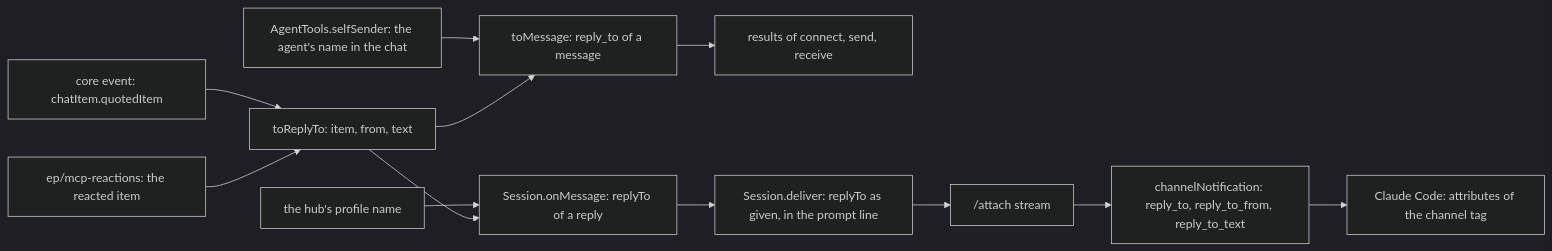
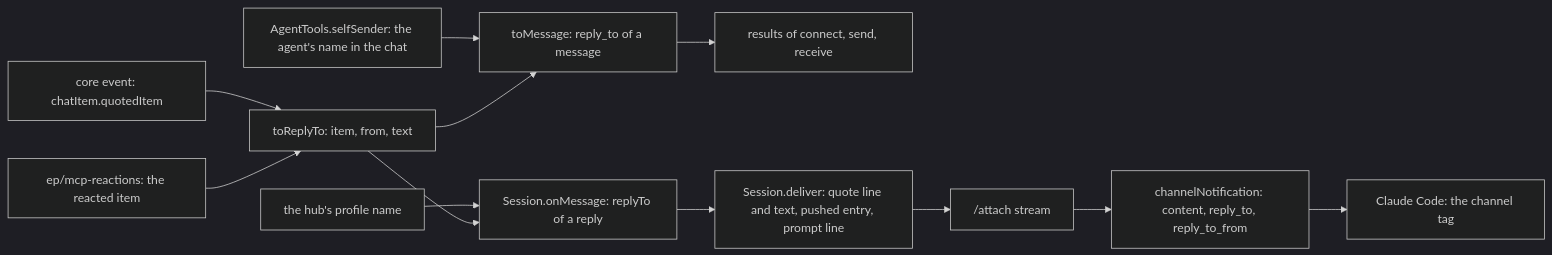
One commit to simplex-chat/simplex-chat changed the second of 2 diagrams in plans/2026-11-12-mcp-replies.md. Above: the diagram before and after it, drawn with Mermaid (dark theme). The commit also changed other lines of this file, not shown here.

Commit message:
plan: mcp-replies, quote line before the reply, as the user asked

````diff
--- a/plans/2026-11-12-mcp-replies.md
+++ b/plans/2026-11-12-mcp-replies.md
@@ -232,14 +244,14 @@
 ```mermaid
 flowchart LR
   Q[core event: chatItem.quotedItem] --> M[toReplyTo: item, from, text]
   E[ep/mcp-reactions: the reacted item] --> M
   N[AgentTools.selfSender: the agent's name in the chat] --> T
   H[the hub's profile name] --> O
   M --> T[toMessage: reply_to of a message]
   T --> R[results of connect, send, receive]
   M --> O[Session.onMessage: replyTo of a reply]
-  O --> L[Session.deliver: replyTo as given, in the prompt line]
+  O --> L[Session.deliver: quote line and text, pushed entry, prompt line]
   L --> A["/attach stream"]
-  A --> S[channelNotification: reply_to, reply_to_from, reply_to_text]
-  S --> C[Claude Code: attributes of the channel tag]
+  A --> S[channelNotification: content, reply_to, reply_to_from]
+  S --> C[Claude Code: the channel tag]
 ```
````
